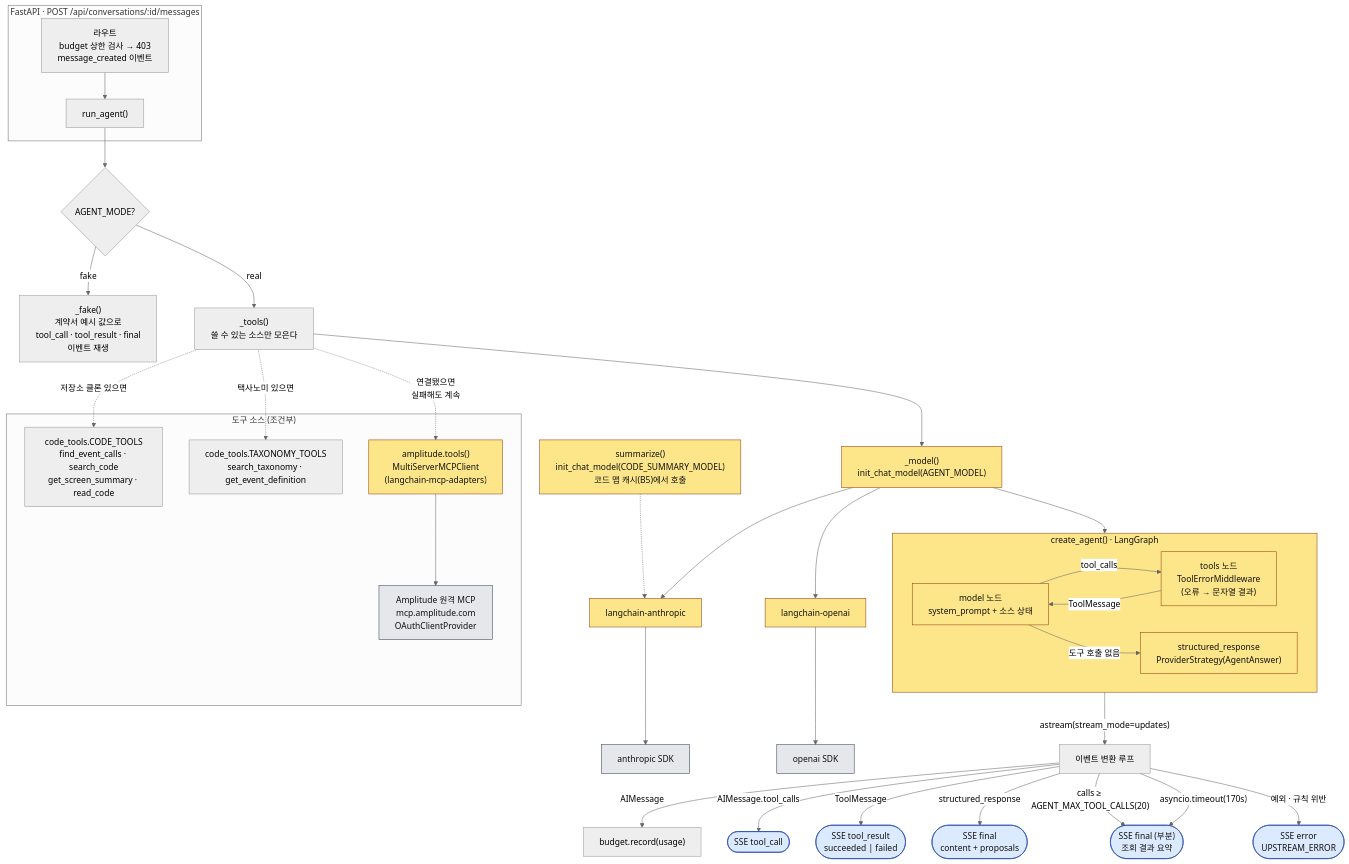
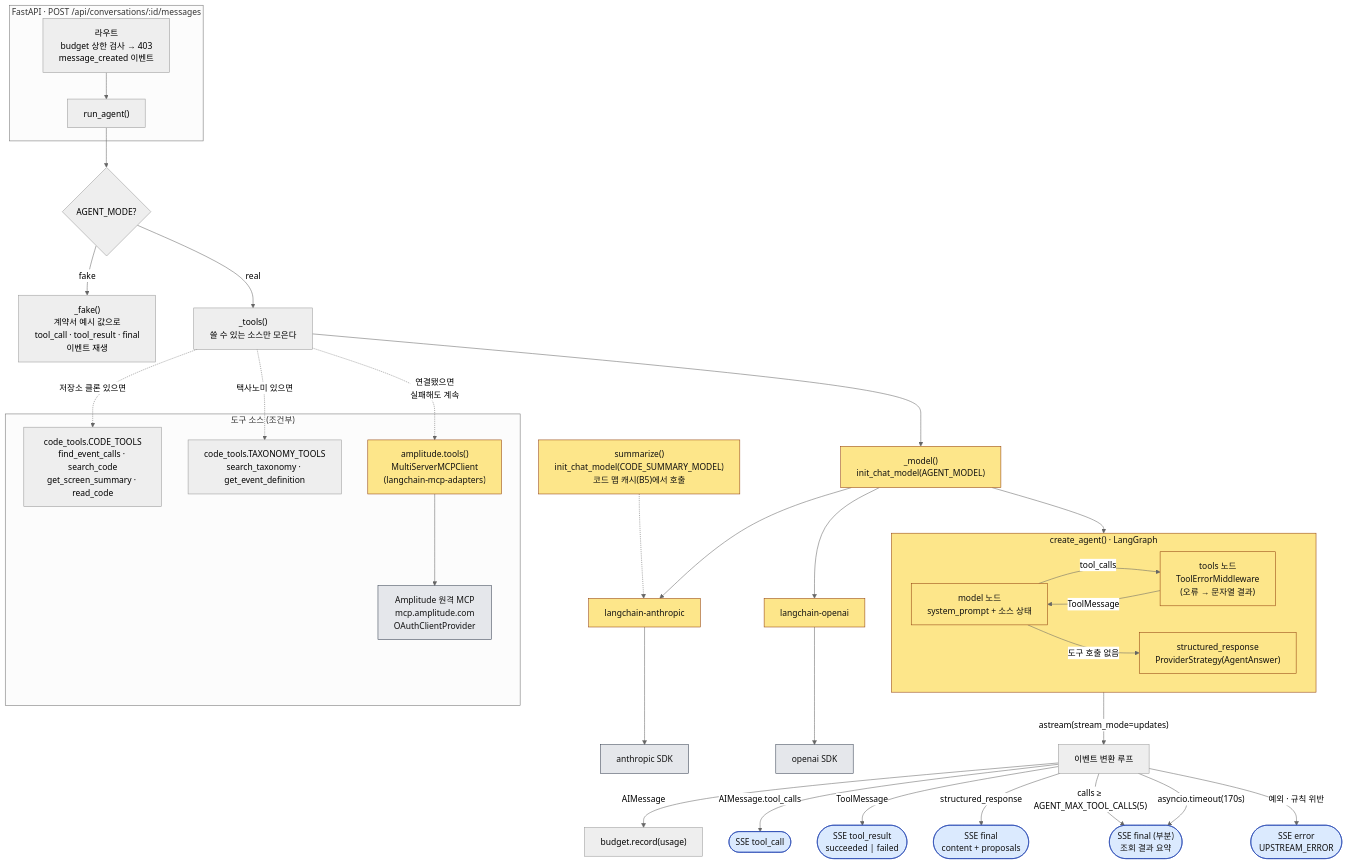
The diagram in docs/architecture/agent-loop-langchain.md (team-skyjs/kbap-pm-agent), drawn with Mermaid (neutral theme) before and after one commit. The commit also changed 13 other files, not shown here.

````diff
--- a/docs/architecture/agent-loop-langchain.md
+++ b/docs/architecture/agent-loop-langchain.md
@@ -14,51 +14,51 @@
 ```mermaid
 flowchart TD
     subgraph API["FastAPI · POST /api/conversations/:id/messages"]
         R["라우트<br/>budget 상한 검사 → 403<br/>message_created 이벤트"] --> RA["run_agent()"]
     end
 
     RA --> MODE{"AGENT_MODE?"}
     MODE -- fake --> FAKE["_fake()<br/>계약서 예시 값으로<br/>tool_call · tool_result · final<br/>이벤트 재생"]
     MODE -- real --> TOOLS["_tools()<br/>쓸 수 있는 소스만 모은다"]
 
     subgraph SRC["도구 소스 (조건부)"]
         CODE["code_tools.CODE_TOOLS<br/>find_event_calls · search_code<br/>get_screen_summary · read_code"]
         TAX["code_tools.TAXONOMY_TOOLS<br/>search_taxonomy · get_event_definition"]
         AMP["amplitude.tools()<br/>MultiServerMCPClient<br/>(langchain-mcp-adapters)"]
         AMP --> MCP["Amplitude 원격 MCP<br/>mcp.amplitude.com<br/>OAuthClientProvider"]
     end
     TOOLS -. 저장소 클론 있으면 .-> CODE
     TOOLS -. 택사노미 있으면 .-> TAX
     TOOLS -. 연결됐으면<br/>실패해도 계속 .-> AMP
 
     TOOLS --> MODEL["_model()<br/>init_chat_model(AGENT_MODEL)"]
     MODEL --> LCA["langchain-anthropic"] --> SDKA["anthropic SDK"]
     MODEL --> LCO["langchain-openai"] --> SDKO["openai SDK"]
 
     MODEL --> GRAPH
     subgraph GRAPH["create_agent() · LangGraph"]
         direction LR
         M["model 노드<br/>system_prompt + 소스 상태"] -- tool_calls --> T["tools 노드<br/>ToolErrorMiddleware<br/>(오류 → 문자열 결과)"]
         T -- ToolMessage --> M
         M -- 도구 호출 없음 --> SR["structured_response<br/>ProviderStrategy(AgentAnswer)"]
     end
 
     GRAPH -- "astream(stream_mode=updates)" --> LOOP["이벤트 변환 루프"]
     LOOP -- "AIMessage" --> U["budget.record(usage)"]
     LOOP -- "AIMessage.tool_calls" --> TC(["SSE tool_call"])
     LOOP -- "ToolMessage" --> TR(["SSE tool_result<br/>succeeded | failed"])
     LOOP -- "structured_response" --> FIN(["SSE final<br/>content + proposals"])
 
-    LOOP -- "calls ≥ AGENT_MAX_TOOL_CALLS(20)" --> PART(["SSE final (부분)<br/>조회 결과 요약"])
+    LOOP -- "calls ≥ AGENT_MAX_TOOL_CALLS(5)" --> PART(["SSE final (부분)<br/>조회 결과 요약"])
     LOOP -- "asyncio.timeout(170s)" --> PART
     LOOP -- "예외 · 규칙 위반" --> ERR(["SSE error<br/>UPSTREAM_ERROR"])
 
     SUM["summarize()<br/>init_chat_model(CODE_SUMMARY_MODEL)<br/>코드 맵 캐시(B5)에서 호출"] -.-> LCA
 
     classDef lc fill:#fde68a,stroke:#92400e,color:#111
     classDef out fill:#dbeafe,stroke:#1e40af,color:#111
     classDef ext fill:#e5e7eb,stroke:#374151,color:#111
     class MODEL,LCA,LCO,GRAPH,M,T,SR,AMP,SUM lc
     class TC,TR,FIN,PART,ERR out
     class SDKA,SDKO,MCP ext
 ```
````
